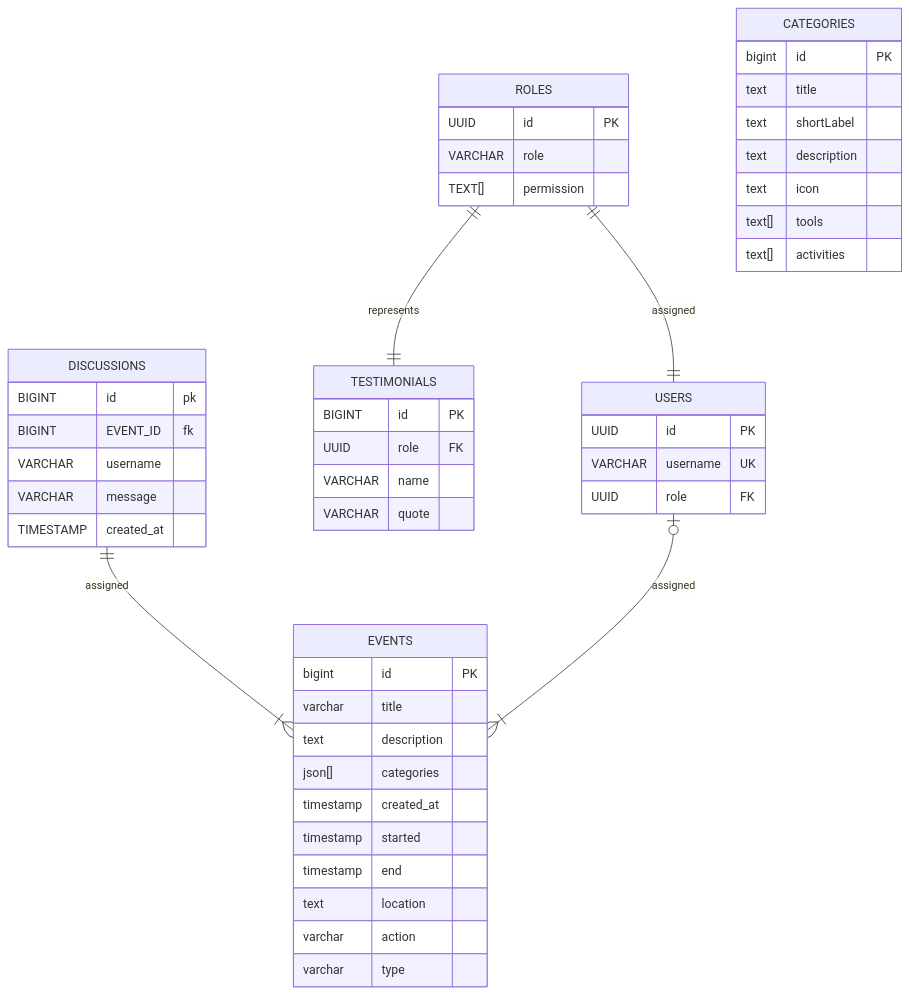
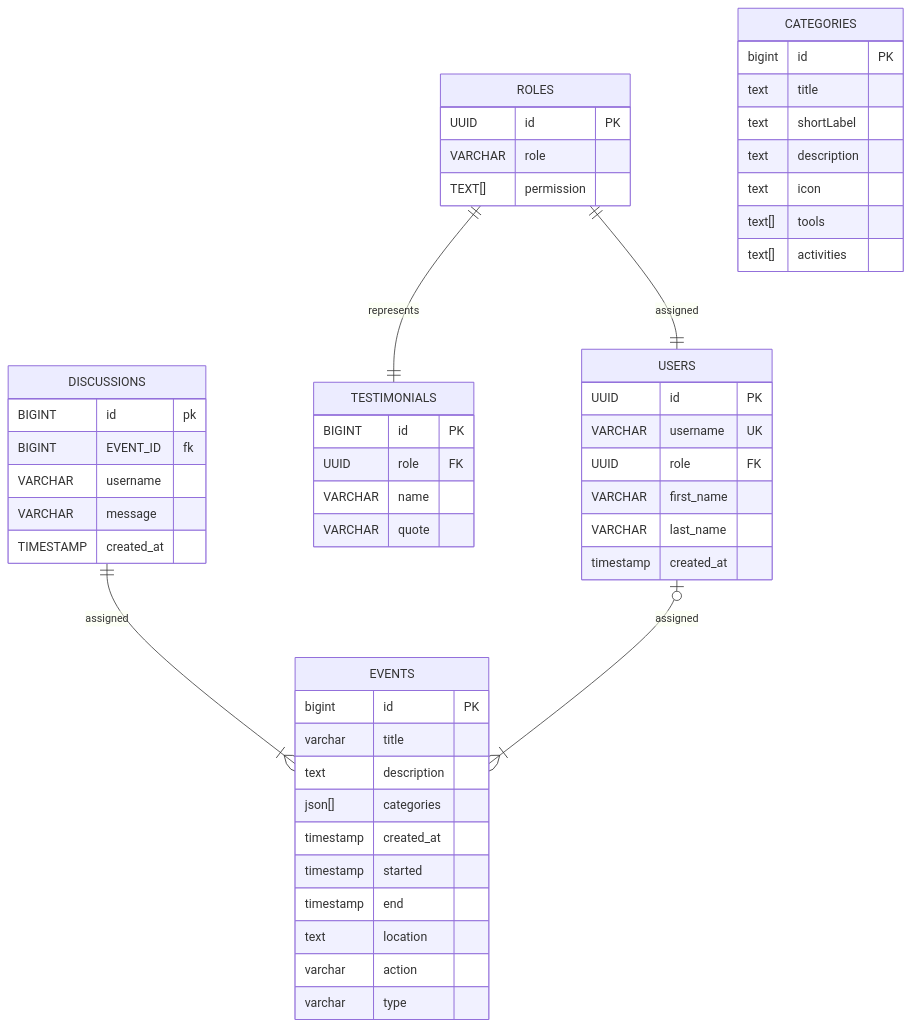
One commit to RyannKim327/org-portfolio changed the diagram in README.md. Above: the diagram before and after it, drawn with Mermaid. The commit also changed other lines of this file, not shown here.

Commit message:
docs: update the diagram with missing info

````diff
--- a/README.md
+++ b/README.md
@@ -163,57 +163,60 @@
 ```mermaid
 erDiagram
     ROLES {
         UUID id PK
         VARCHAR role
         TEXT[] permission
     } 
 
     USERS {
         UUID id PK
         VARCHAR username UK
         UUID role FK
+        VARCHAR first_name
+        VARCHAR last_name
+        timestamp created_at
     }
 
     TESTIMONIALS {
         BIGINT id PK
         UUID role FK
         VARCHAR name
         VARCHAR quote
     }
 
     EVENTS {
         bigint id PK
         varchar title
         text description
         json[] categories
         timestamp created_at
         timestamp started
         timestamp end
         text location
         varchar action
         varchar type
     }
 
     CATEGORIES {
         bigint id PK
         text title
         text shortLabel
         text description
         text icon
         text[] tools
         text[] activities
     }
     
     DISCUSSIONS {
       BIGINT id pk
       BIGINT EVENT_ID fk
       VARCHAR username
       VARCHAR message
       TIMESTAMP created_at 
     }    
     
     ROLES ||--|| USERS : assigned
     ROLES ||--|| TESTIMONIALS : represents
     DISCUSSIONS ||--|{ EVENTS : assigned
     USERS |o--|{ EVENTS : assigned
 ```
````
